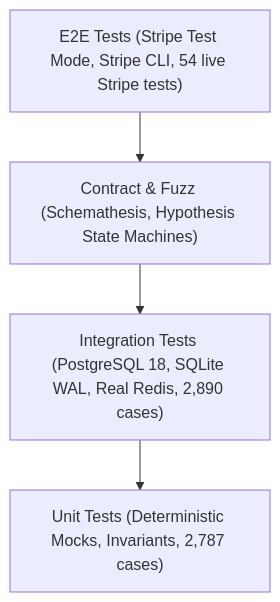
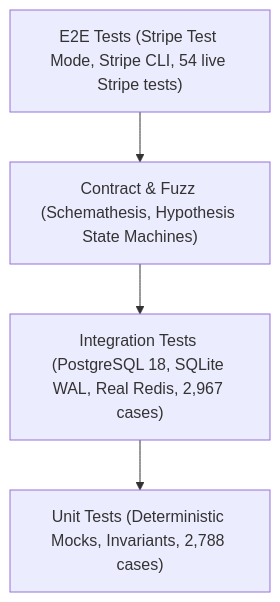
Before and after one commit to nadeko0/fastapi_e-commerce_backend: the first of 2 diagrams in docs/TESTING.md, drawn with Mermaid. The commit also changed other lines of this file and 9 other files, not shown here.

````diff
--- a/docs/TESTING.md
+++ b/docs/TESTING.md
@@ -7,6 +7,6 @@
 ```mermaid
 flowchart TD
     E2E["E2E Tests (Stripe Test Mode, Stripe CLI, 54 live Stripe tests)"] --> Fuzz["Contract & Fuzz (Schemathesis, Hypothesis State Machines)"]
-    Fuzz --> Integration["Integration Tests (PostgreSQL 18, SQLite WAL, Real Redis, 2,890 cases)"]
-    Integration --> Unit["Unit Tests (Deterministic Mocks, Invariants, 2,787 cases)"]
+    Fuzz --> Integration["Integration Tests (PostgreSQL 18, SQLite WAL, Real Redis, 2,967 cases)"]
+    Integration --> Unit["Unit Tests (Deterministic Mocks, Invariants, 2,788 cases)"]
 ```
````
